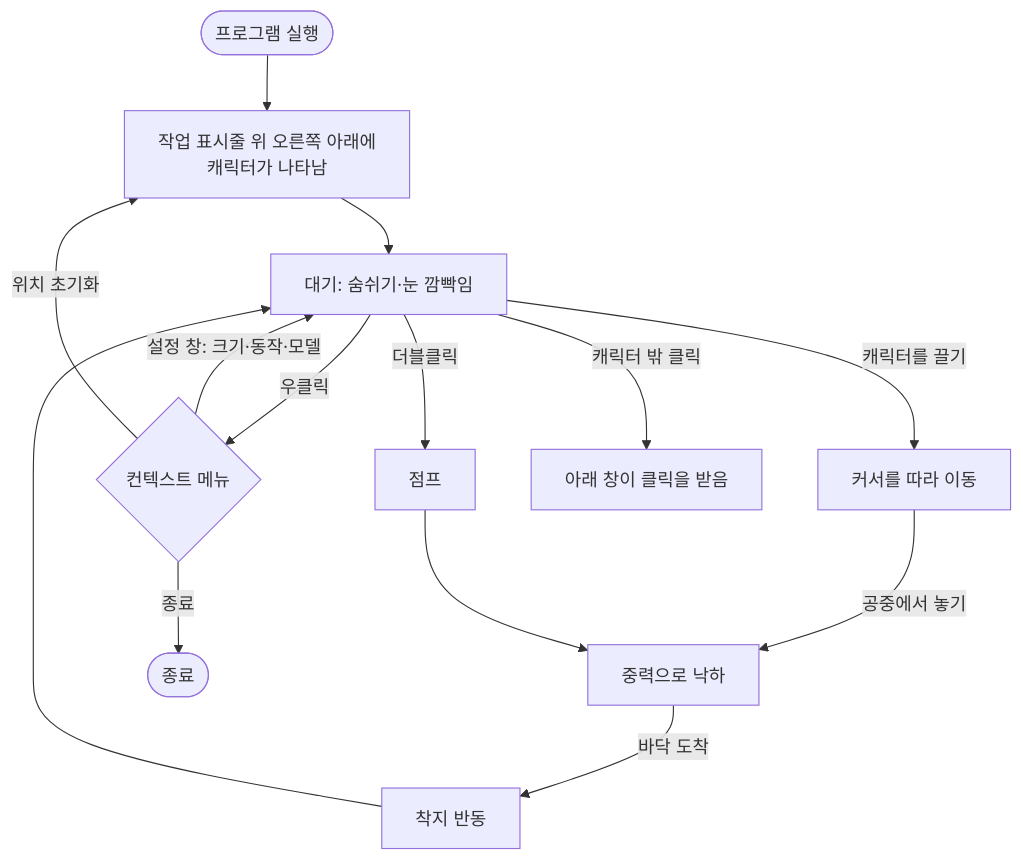
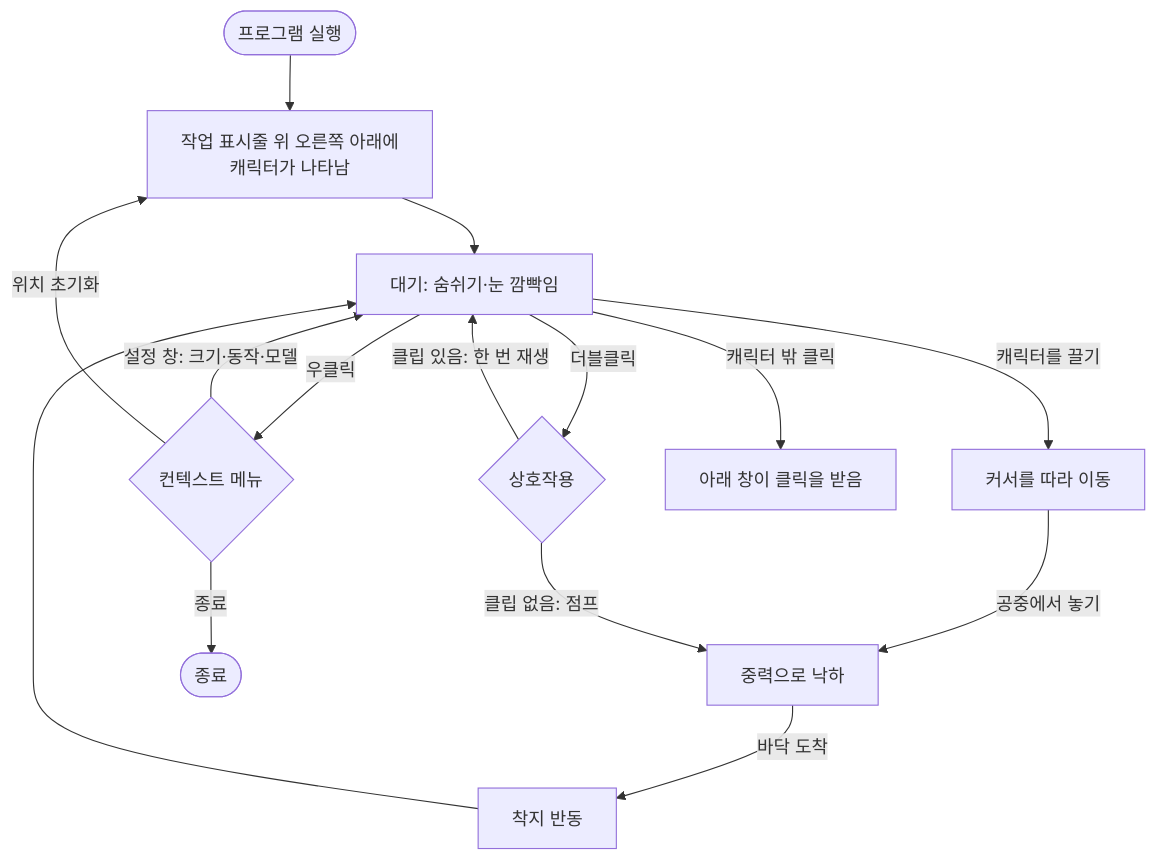
Before and after one commit to ChoHye0N/TinyDeskPet: the diagram in docs/01-requirements/SRS.md, drawn with Mermaid. The commit also changed other lines of this file and 28 other files, not shown here.

````diff
--- a/docs/01-requirements/SRS.md
+++ b/docs/01-requirements/SRS.md
@@ -75,14 +75,16 @@
 ```mermaid
 flowchart TD
     Start([프로그램 실행]) --> Appear[작업 표시줄 위 오른쪽 아래에<br/>캐릭터가 나타남]
     Appear --> Idle[대기: 숨쉬기·눈 깜빡임]
     Idle -->|캐릭터를 끌기| Drag[커서를 따라 이동]
     Drag -->|공중에서 놓기| Fall[중력으로 낙하]
     Fall -->|바닥 도착| Land[착지 반동] --> Idle
-    Idle -->|더블클릭| Jump[점프] --> Fall
+    Idle -->|더블클릭| Act{상호작용}
+    Act -->|클립 없음: 점프| Fall
+    Act -->|클립 있음: 한 번 재생| Idle
     Idle -->|우클릭| Menu{컨텍스트 메뉴}
     Menu -->|설정 창: 크기·동작·모델| Idle
     Menu -->|위치 초기화| Appear
     Menu -->|종료| End([종료])
     Idle -->|캐릭터 밖 클릭| Pass[아래 창이 클릭을 받음]
 ```
````
